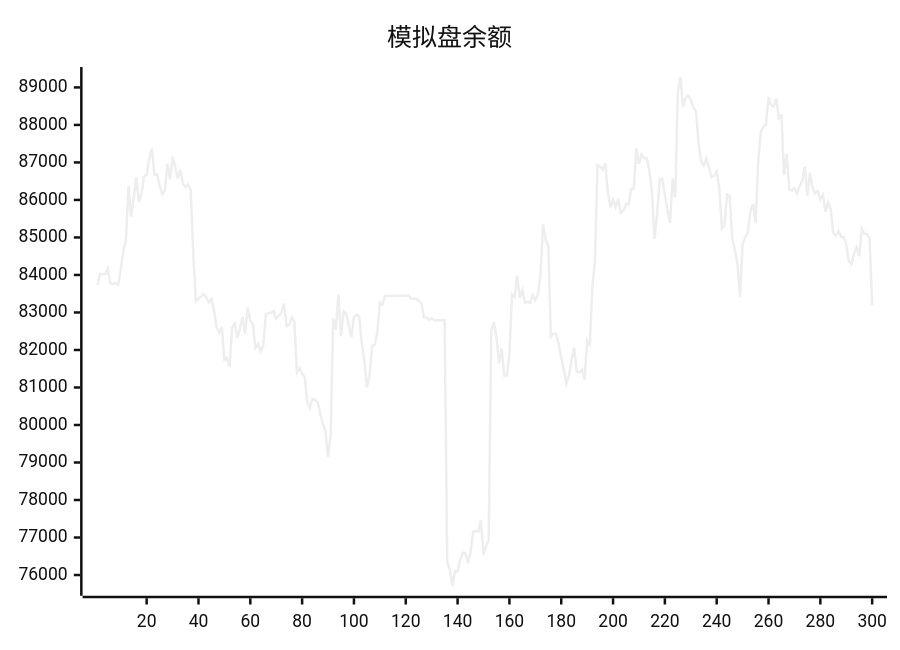
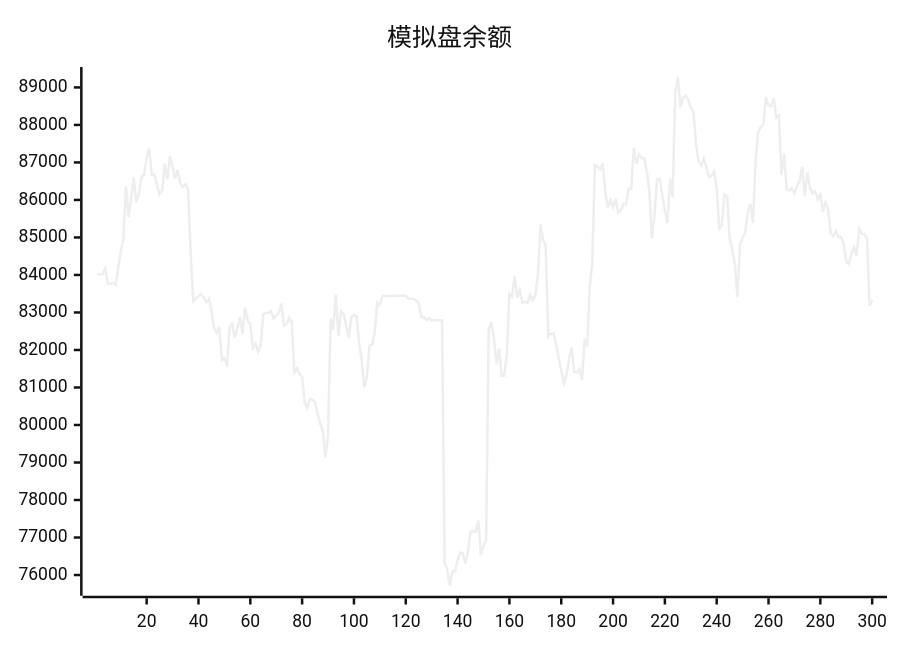
One commit to aahl/ai-trading changed the diagram in README.md. Above: the diagram before and after it, drawn with Mermaid (neutral theme). The commit also changed other lines of this file and 1 other file, not shown here.

````diff
--- a/README.md
+++ b/README.md
@@ -5,5 +5,5 @@
 ```mermaid
 xychart
     title "模拟盘余额"
-    line [83729,84025,84017,84019,84177,83775,83762,83785,83738,84160,84639,84939,86370,85548,86046,86599,85942,86161,86622,86664,87115,87369,86666,86685,86384,86152,86243,86969,86548,87164,86885,86566,86809,86427,86348,86417,86273,84538,83299,83369,83430,83490,83404,83270,83362,83056,82605,82459,82614,81734,81788,81551,82598,82702,82320,82580,82878,82426,83139,82778,82686,82056,82166,81963,82110,82951,82983,82984,83038,82838,82915,82998,83235,82642,82682,82858,82746,81396,81512,81362,81277,80600,80461,80699,80673,80616,80288,80038,79836,79142,79722,82837,82533,83480,82366,83032,82960,82654,82330,82883,82934,82901,82188,81728,81005,81298,82110,82135,82449,83264,83203,83440,83439,83440,83440,83446,83447,83448,83447,83448,83449,83369,83369,83369,83313,83256,82872,82873,82801,82844,82785,82791,82791,82793,82794,76339,76145,75714,76110,76096,76397,76594,76585,76310,76607,77160,77170,77160,77456,76541,76774,76927,82520,82744,82337,81639,82040,81307,81314,81887,83490,83414,83984,83396,83594,83261,83287,83253,83470,83327,83465,83987,85348,84930,84786,82355,82433,82438,82167,81795,81466,81105,81315,81756,82064,81426,81398,81481,81210,82242,82099,83658,84359,86925,86892,86814,86980,86203,85802,86003,85811,86028,85657,85721,85896,85880,86300,86299,87378,86965,87214,87115,87118,86780,86238,84966,85623,86555,86562,86129,85722,85387,86569,86070,88870,89278,88477,88720,88781,88668,88467,88372,87493,87018,86917,87102,86870,86613,86644,86758,86317,85242,85334,86149,86106,84968,84671,84302,83410,84816,85001,85127,85693,85891,85384,87001,87811,87945,88007,88734,88528,88495,88705,88189,88248,86662,87234,86279,86251,86314,86177,86364,86503,86886,86114,86731,86310,86176,86240,86017,86136,85685,85938,85749,85111,85044,85164,85016,85008,84824,84354,84287,84572,84745,84500,85234,85096,85095,84970,83180]
+    line [84025,84017,84019,84177,83775,83762,83785,83738,84160,84639,84939,86370,85548,86046,86599,85942,86161,86622,86664,87115,87369,86666,86685,86384,86152,86243,86969,86548,87164,86885,86566,86809,86427,86348,86417,86273,84538,83299,83369,83430,83490,83404,83270,83362,83056,82605,82459,82614,81734,81788,81551,82598,82702,82320,82580,82878,82426,83139,82778,82686,82056,82166,81963,82110,82951,82983,82984,83038,82838,82915,82998,83235,82642,82682,82858,82746,81396,81512,81362,81277,80600,80461,80699,80673,80616,80288,80038,79836,79142,79722,82837,82533,83480,82366,83032,82960,82654,82330,82883,82934,82901,82188,81728,81005,81298,82110,82135,82449,83264,83203,83440,83439,83440,83440,83446,83447,83448,83447,83448,83449,83369,83369,83369,83313,83256,82872,82873,82801,82844,82785,82791,82791,82793,82794,76339,76145,75714,76110,76096,76397,76594,76585,76310,76607,77160,77170,77160,77456,76541,76774,76927,82520,82744,82337,81639,82040,81307,81314,81887,83490,83414,83984,83396,83594,83261,83287,83253,83470,83327,83465,83987,85348,84930,84786,82355,82433,82438,82167,81795,81466,81105,81315,81756,82064,81426,81398,81481,81210,82242,82099,83658,84359,86925,86892,86814,86980,86203,85802,86003,85811,86028,85657,85721,85896,85880,86300,86299,87378,86965,87214,87115,87118,86780,86238,84966,85623,86555,86562,86129,85722,85387,86569,86070,88870,89278,88477,88720,88781,88668,88467,88372,87493,87018,86917,87102,86870,86613,86644,86758,86317,85242,85334,86149,86106,84968,84671,84302,83410,84816,85001,85127,85693,85891,85384,87001,87811,87945,88007,88734,88528,88495,88705,88189,88248,86662,87234,86279,86251,86314,86177,86364,86503,86886,86114,86731,86310,86176,86240,86017,86136,85685,85938,85749,85111,85044,85164,85016,85008,84824,84354,84287,84572,84745,84500,85234,85096,85095,84970,83180,83338]
 ```
````
